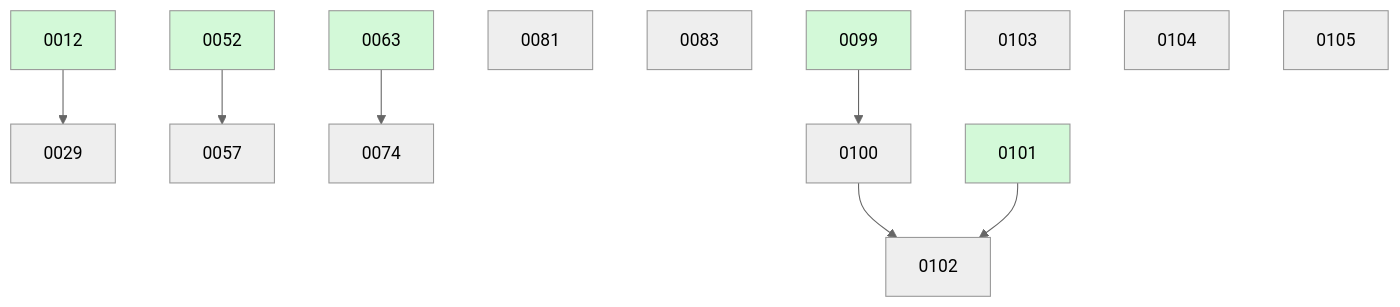
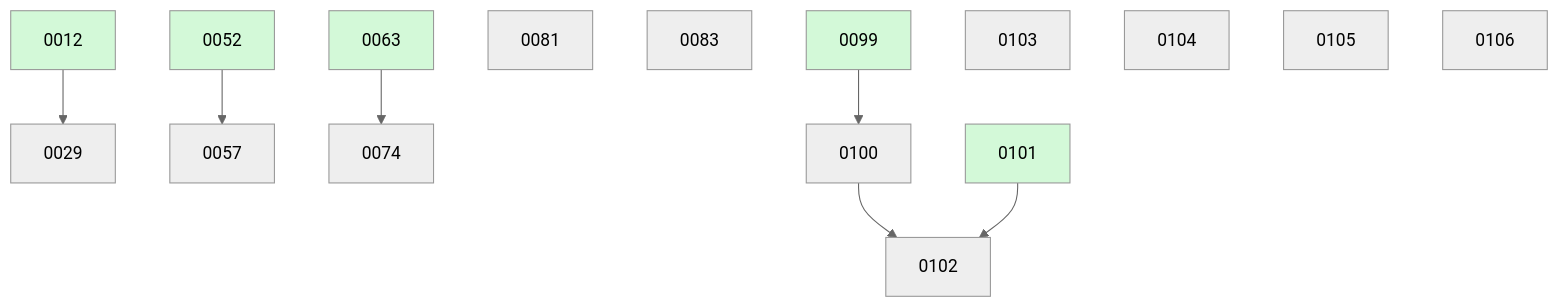
The diagram in docs/changes/BOARD.md (ethanhinson/fuse), drawn with Mermaid (neutral theme) before and after one commit. The commit also changed other lines of this file and 1 other file, not shown here.

````diff
--- a/docs/changes/BOARD.md
+++ b/docs/changes/BOARD.md
@@ -35,20 +36,21 @@
 ```mermaid
 graph TD
   0012 --> 0029
   0052 --> 0057
   0063 --> 0074
   0081
   0083
   0099 --> 0100
   0100 --> 0102
   0101 --> 0102
   0103
   0104
   0105
+  0106
   0012:::done
   0052:::done
   0063:::done
   0099:::done
   0101:::done
   classDef done fill:#d3f9d8;
 ```
````
